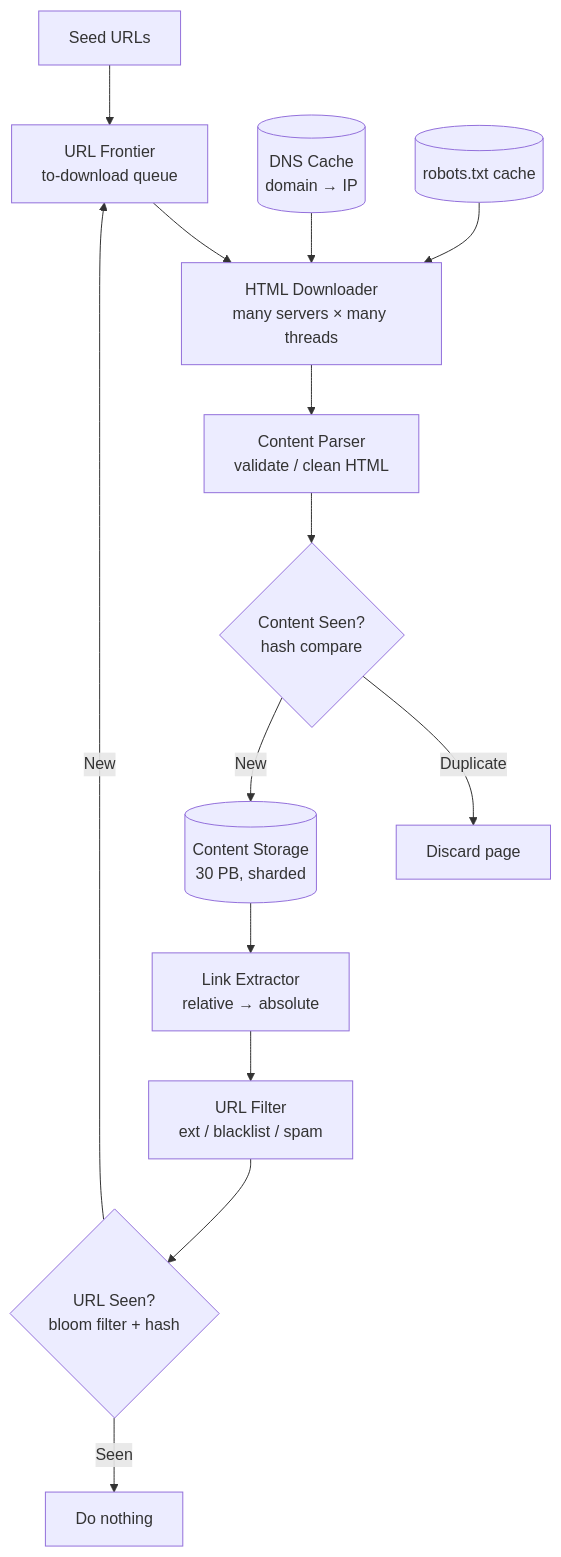
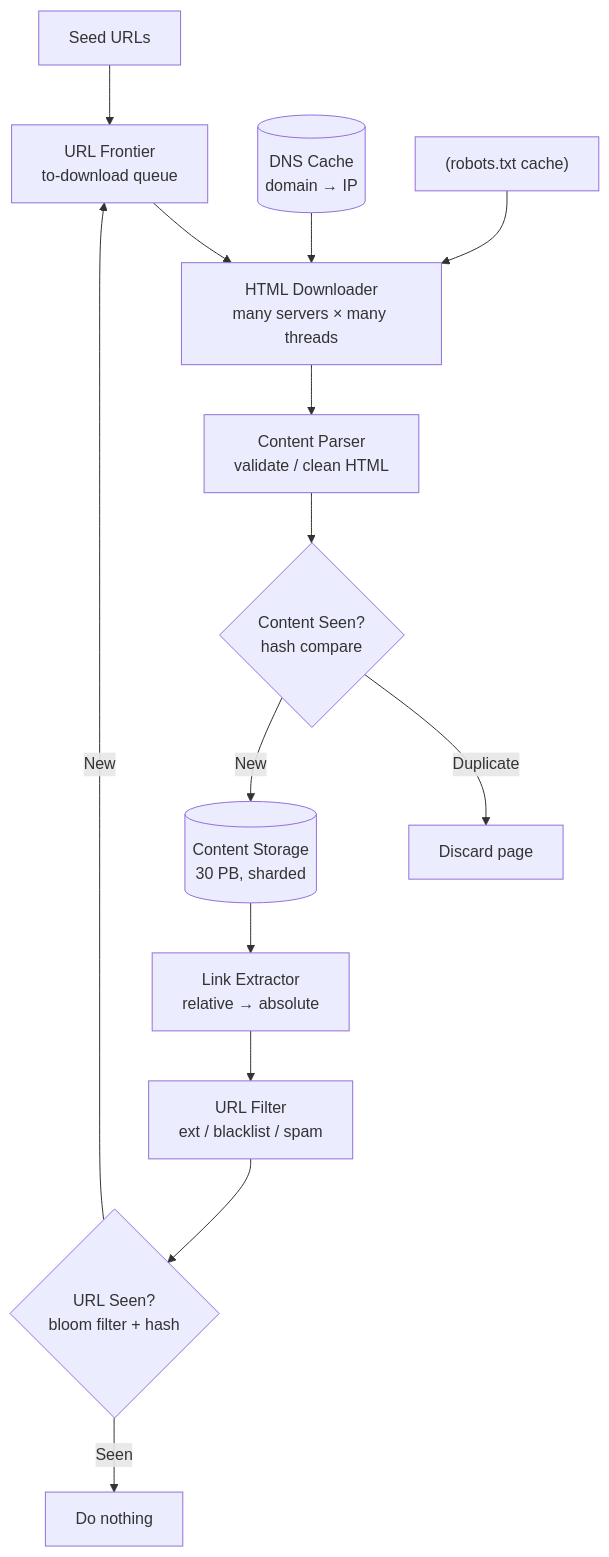
One commit to pankajThakur1874/studysheet changed the first of 5 diagrams in files/System-Design-Questions/21-web_crawler_system_design.md. Above: the diagram before and after it, drawn with Mermaid. The commit also changed other lines of this file and 102 other files, not shown here.

Commit message:
Auto-fix Mermaid diagram syntax across all study guides to prevent Syntax Error in Mermaid v10

````diff
--- a/files/System-Design-Questions/21-web_crawler_system_design.md
+++ b/files/System-Design-Questions/21-web_crawler_system_design.md
@@ -152,16 +152,16 @@
 ```mermaid
 flowchart TD
-    S[Seed URLs] --> F[URL Frontier<br/>to-download queue]
-    F --> D[HTML Downloader<br/>many servers × many threads]
-    DNS[(DNS Cache<br/>domain → IP)] --> D
-    RB[(robots.txt cache)] --> D
-    D --> P[Content Parser<br/>validate / clean HTML]
-    P --> CS{Content Seen?<br/>hash compare}
+    S[Seed URLs] --> F["URL Frontier<br/>to-download queue"]
+    F --> D["HTML Downloader<br/>many servers × many threads"]
+    DNS[("DNS Cache<br/>domain → IP")] --> D
+    RB["(robots.txt cache)"] --> D
+    D --> P["Content Parser<br/>validate / clean HTML"]
+    P --> CS{"Content Seen?<br/>hash compare"}
     CS -->|Duplicate| X[Discard page]
-    CS -->|New| ST[(Content Storage<br/>30 PB, sharded)]
-    ST --> LE[Link Extractor<br/>relative → absolute]
-    LE --> UF[URL Filter<br/>ext / blacklist / spam]
-    UF --> US{URL Seen?<br/>bloom filter + hash}
+    CS -->|New| ST[("Content Storage<br/>30 PB, sharded")]
+    ST --> LE["Link Extractor<br/>relative → absolute"]
+    LE --> UF["URL Filter<br/>ext / blacklist / spam"]
+    UF --> US{"URL Seen?<br/>bloom filter + hash"}
     US -->|Seen| Y[Do nothing]
     US -->|New| F
 ```
````
